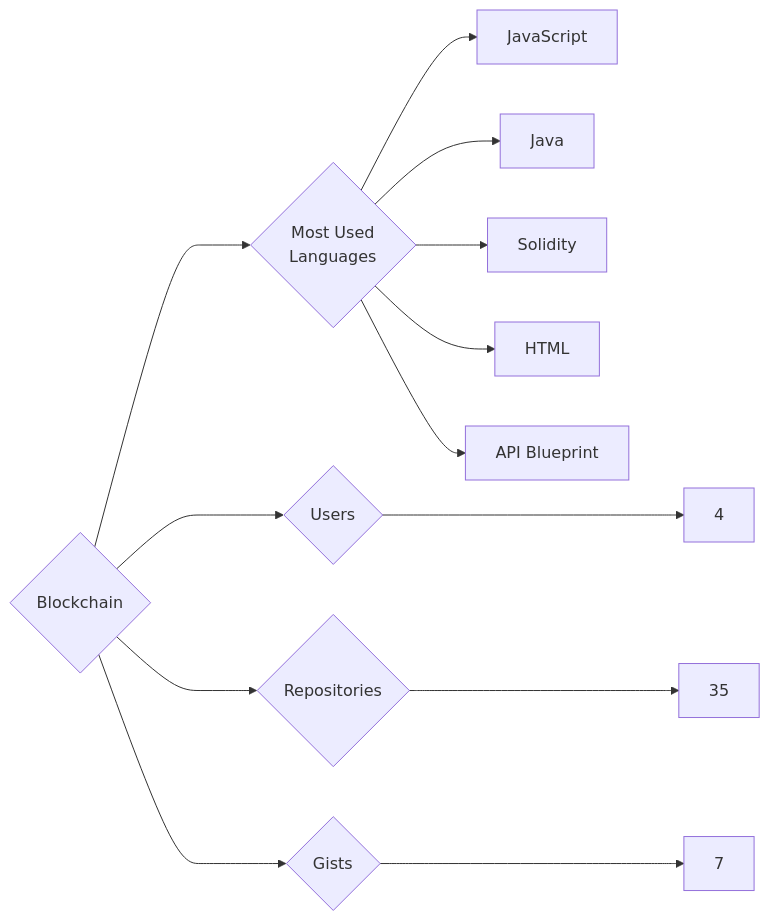
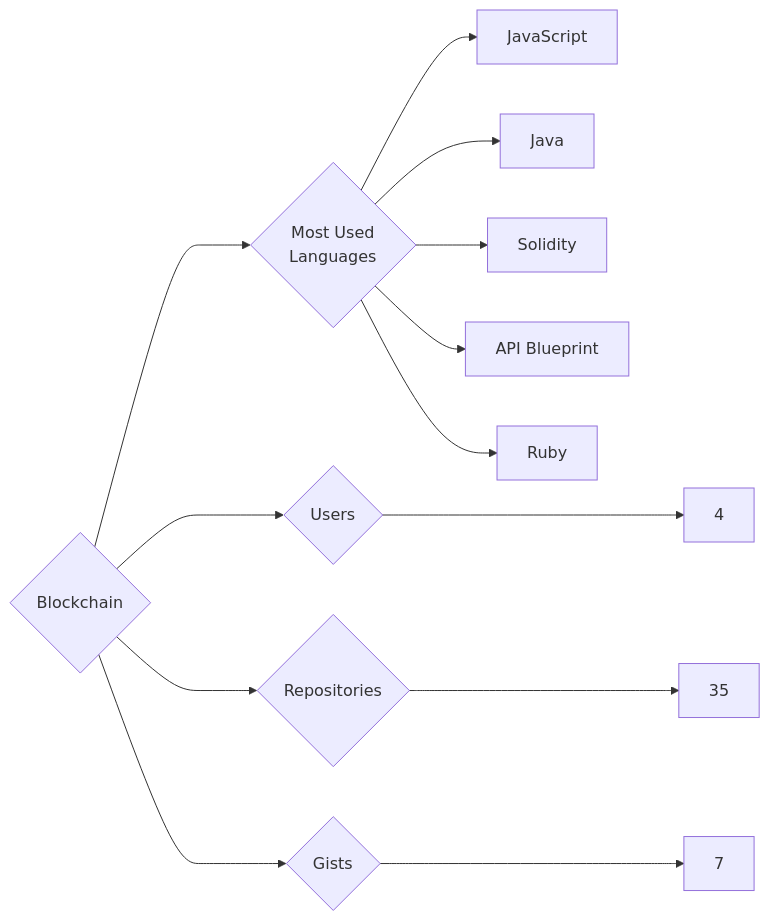
The diagram in targets/Blockchain/README.md (trickest/insiders), drawn with Mermaid before and after one commit. The commit also changed 942 other files, not shown here.

````diff
--- a/targets/Blockchain/README.md
+++ b/targets/Blockchain/README.md
@@ -3,13 +3,13 @@
 ```mermaid
 graph LR
 COMPANY_NAME{Blockchain}
 COMPANY_NAME ---> U{Users} ---> UN[4]
 COMPANY_NAME ---> R{Repositories} ---> RN[35]
 COMPANY_NAME ---> G{Gists} ---> GN[7]
 COMPANY_NAME ---> ML{Most Used<br>Languages}
 ML --> JavaScript[JavaScript]
 ML --> Java[Java]
 ML --> Solidity[Solidity]
-ML --> HTML[HTML]
 ML --> API_Blueprint[API Blueprint]
+ML --> Ruby[Ruby]
 ```
````
